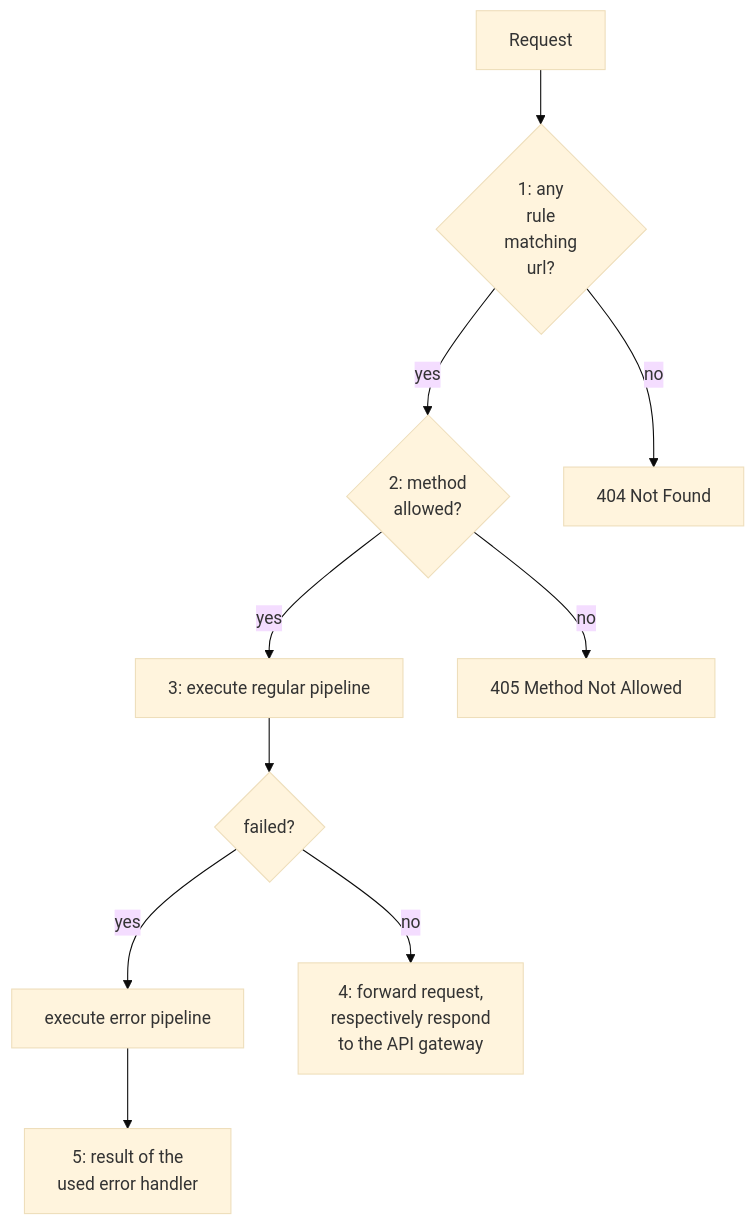
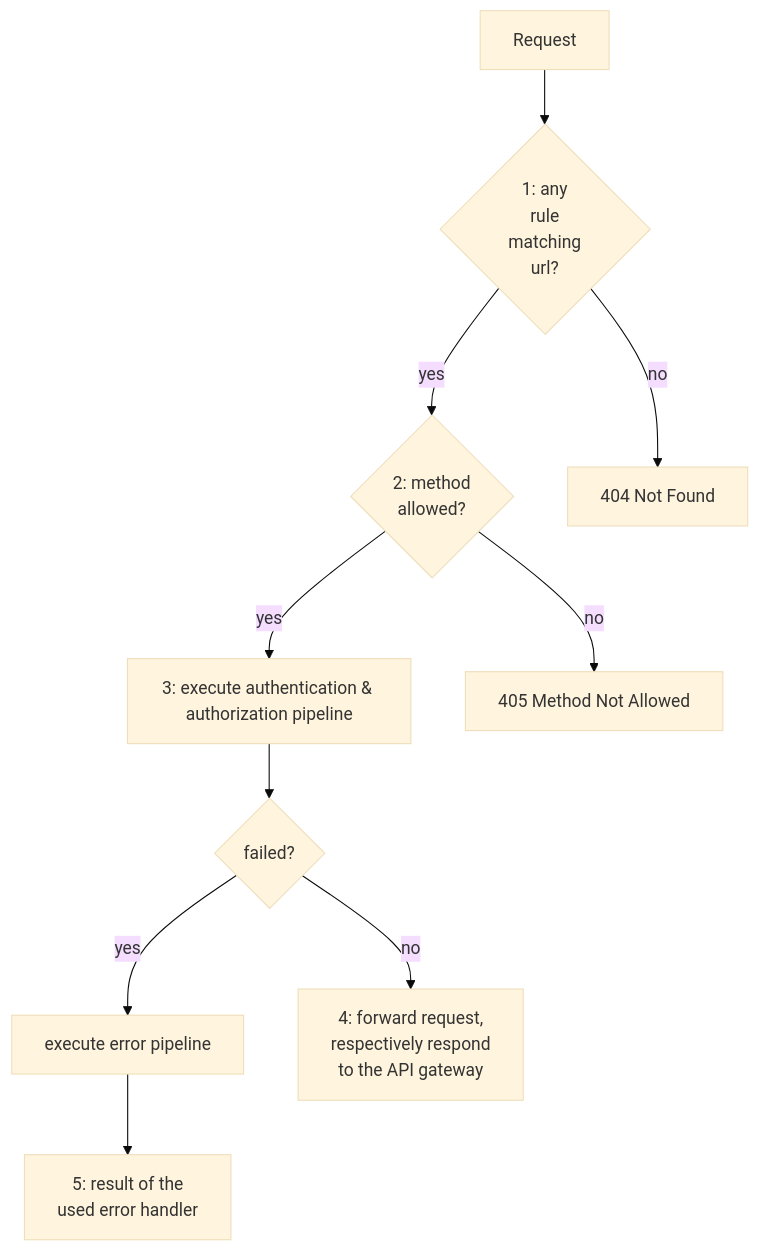
One commit to dadrus/heimdall changed the diagram in docs/content/docs/getting_started/rules.adoc. Above: the diagram before and after it, drawn with Mermaid (base theme). The commit also changed other lines of this file and 3 other files, not shown here.

```diff
--- a/docs/content/docs/getting_started/rules.adoc
+++ b/docs/content/docs/getting_started/rules.adoc
@@ -52,13 +52,13 @@
 [mermaid, format=svg, width=70%]
 ....
 flowchart TD
     req[Request] --> findRule{1: any\nrule\nmatching\nurl?}
     findRule -->|yes| methodCheck{2: method\nallowed?}
     findRule -->|no| err1[404 Not Found]
-    methodCheck -->|yes| regularPipeline[3: execute regular pipeline]
+    methodCheck -->|yes| regularPipeline[3: execute authentication & authorization pipeline]
     methodCheck -->|no| err2[405 Method Not Allowed]
     regularPipeline --> failed{failed?}
     failed -->|yes| errPipeline[execute error pipeline]
     failed -->|no| success[4: forward request,\nrespectively respond\nto the API gateway]
     errPipeline --> errResult[5: result of the\nused error handler]
 ....
```
